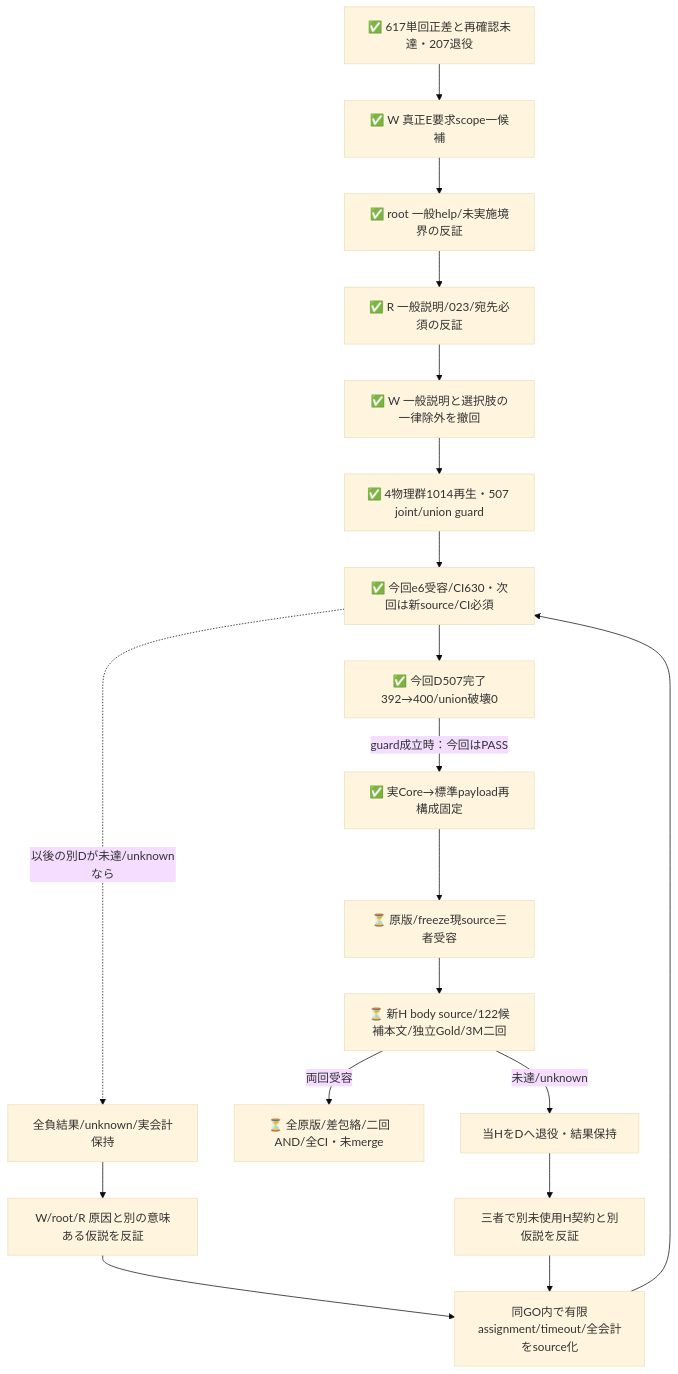
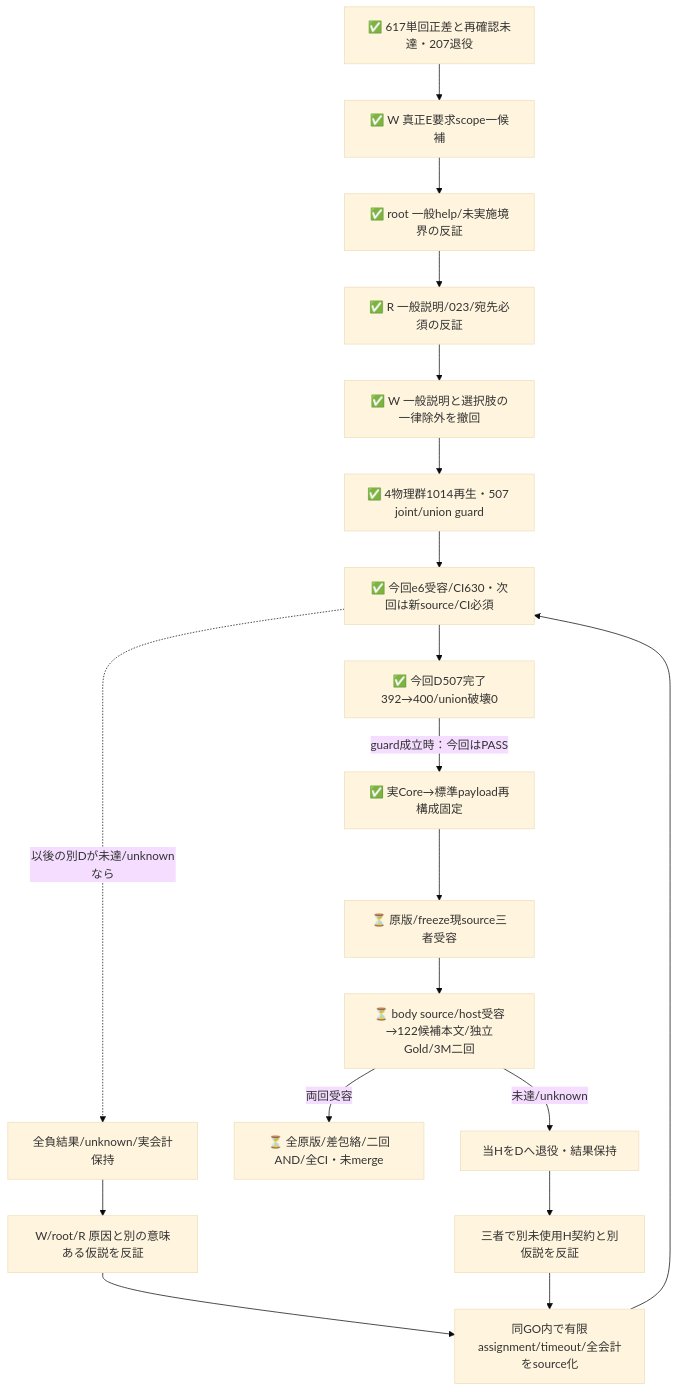
Before and after one commit to roccho-org/ops: the diagram in experiments/sys1-eval-loop/expectation/README.md, drawn with Mermaid (base theme). The commit also changed other lines of this file and 5 other files, not shown here.

````diff
--- a/experiments/sys1-eval-loop/expectation/README.md
+++ b/experiments/sys1-eval-loop/expectation/README.md
@@ -27,21 +33,21 @@
 ```mermaid
 flowchart TB
   OLD[✅ 617単回正差と再確認未達・207退役] --> CLAIM[✅ W 真正E要求scope一候補]
   CLAIM --> ROOT[✅ root 一般help/未実施境界の反証]
   ROOT --> R[✅ R 一般説明/023/宛先必須の反証]
   R --> REVISE[✅ W 一般説明と選択肢の一律除外を撤回]
   REVISE --> PURE[✅ 4物理群1014再生・507 joint/union guard]
   PURE --> ENTRY[✅ 今回e6受容/CI630・次回は新source/CI必須]
   ENTRY --> D[✅ 今回D507完了392→400/union破壊0]
   D -->|guard成立時：今回はPASS| FREEZE[✅ 実Core→標準payload再構成固定]
   FREEZE --> REVIEW[⏳ 原版/freeze現source三者受容]
-  REVIEW --> H[⏳ 新H body source/122候補本文/独立Gold/3M二回]
+  REVIEW --> H[⏳ body source/host受容→122候補本文/独立Gold/3M二回]
   ENTRY -. 以後の別Dが未達/unknownなら .-> KEEP[全負結果/unknown/実会計保持]
   KEEP --> COUNTER[W/root/R 原因と別の意味ある仮説を反証]
   COUNTER --> CONTRACT[同GO内で有限assignment/timeout/全会計をsource化]
   CONTRACT --> ENTRY
   H -->|両回受容| END[⏳ 全原版/差包絡/二回AND/全CI・未merge]
   H -->|未達/unknown| RETIRE[当HをDへ退役・結果保持]
   RETIRE --> NEW[三者で別未使用H契約と別仮説を反証]
   NEW --> CONTRACT
 ```
````
